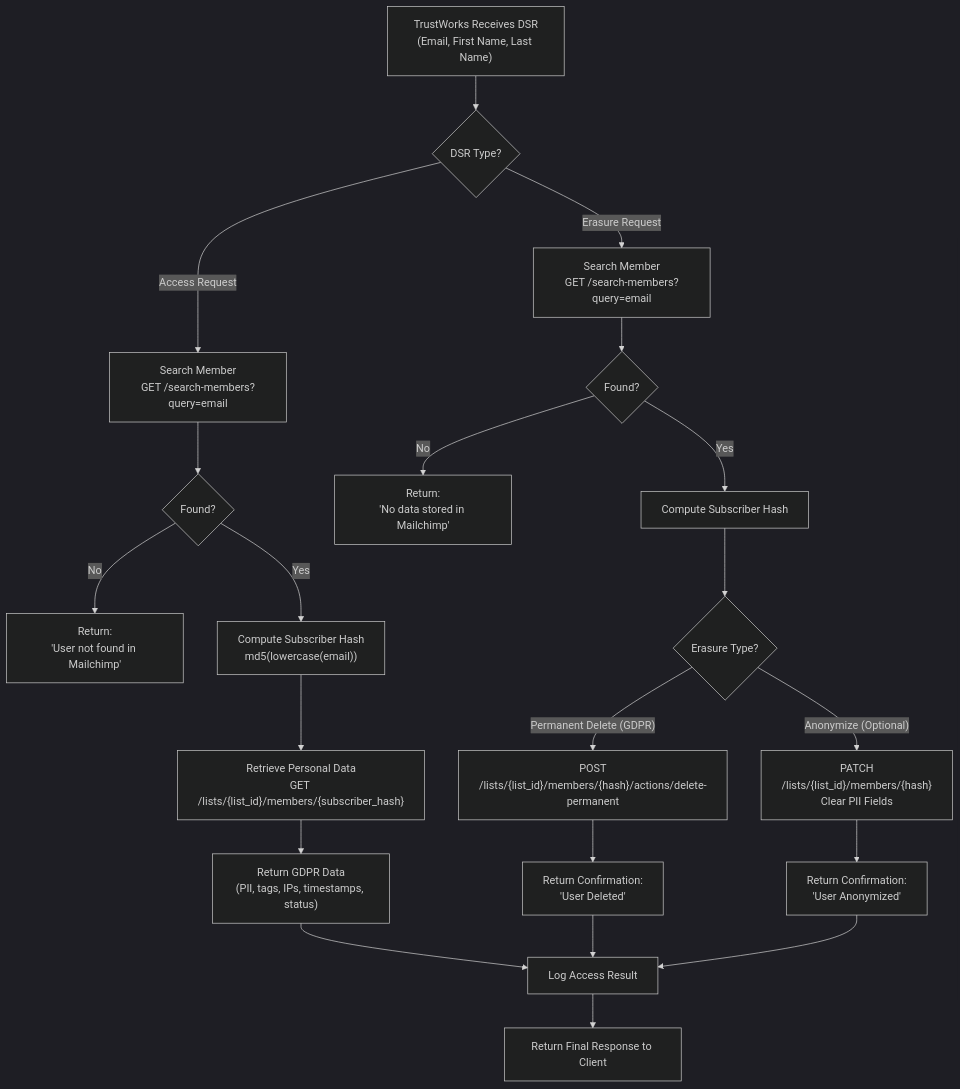
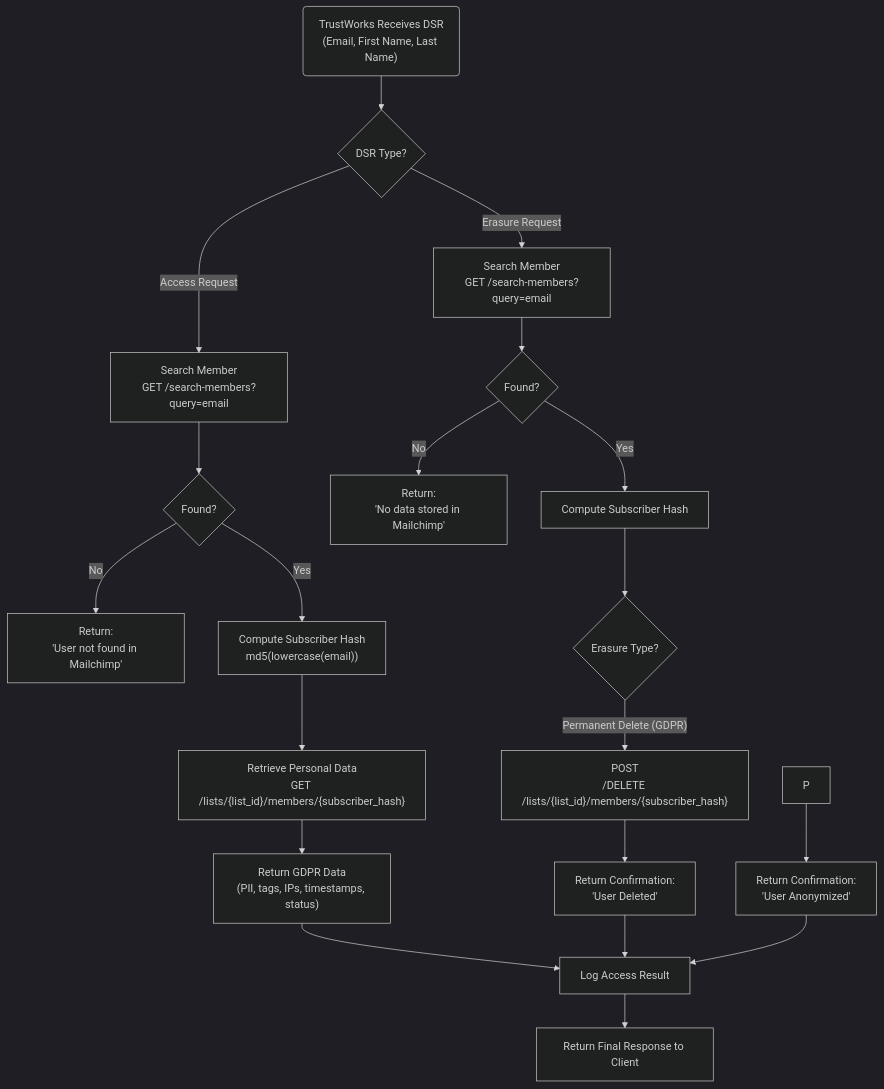
The diagram in recruitment-assignment.md (pratah/mailchimp-api), drawn with Mermaid (dark theme) before and after one commit.

````diff
--- a/recruitment-assignment.md
+++ b/recruitment-assignment.md
@@ -27,29 +27,28 @@
 ```mermaid
 flowchart TD
-    A["TrustWorks Receives DSR<br/>(Email, First Name, Last Name)"] --> B{"DSR Type?"}
+    A("TrustWorks Receives DSR<br/>(Email, First Name, Last Name)") --> B{"DSR Type?"}
     
     %% Access Request Path
     B -->|"Access Request"| C["Search Member<br/>GET /search-members?query=email"]
     C --> D{"Found?"}
     D -->|"No"| E["Return:<br/>'User not found in Mailchimp'"]
     D -->|"Yes"| F["Compute Subscriber Hash<br/>md5(lowercase(email))"]
     F --> G["Retrieve Personal Data<br/>GET /lists/{list_id}/members/{subscriber_hash}"]
     G --> H["Return GDPR Data<br/>(PII, tags, IPs, timestamps, status)"]
     
     %% Erasure Request Path
     B -->|"Erasure Request"| I["Search Member<br/>GET /search-members?query=email"]
     I --> J{"Found?"}
     J -->|"No"| K["Return:<br/>'No data stored in Mailchimp'"]
     J -->|"Yes"| L["Compute Subscriber Hash"]
     L --> M{"Erasure Type?"}
-    M -->|"Permanent Delete (GDPR)"| N["POST<br/>/lists/{list_id}/members/{hash}/actions/delete-permanent"]
+    M -->|"Permanent Delete (GDPR)"| N["POST<br/>/DELETE /lists/{list_id}/members/{subscriber_hash}"]
     N --> O["Return Confirmation:<br/>'User Deleted'"]
-    M -->|"Anonymize (Optional)"| P["PATCH<br/>/lists/{list_id}/members/{hash}<br/>Clear PII Fields"]
     P --> Q["Return Confirmation:<br/>'User Anonymized'"]
     
     %% Logs
     H --> R["Log Access Result"]
     O --> R
     Q --> R
     R --> S["Return Final Response to Client"]
 ```
````
